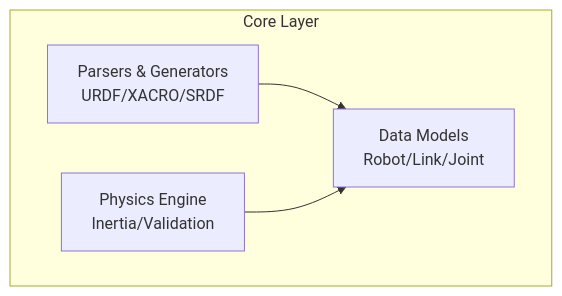
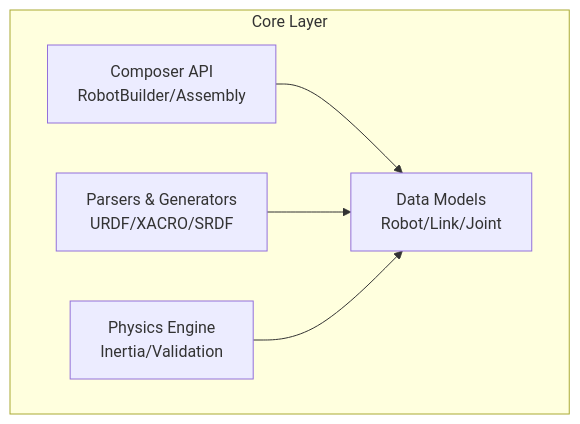
One commit to dougefla/linkforge changed the second of 3 diagrams in ARCHITECTURE.md. Above: the diagram before and after it, drawn with Mermaid. The commit also changed other lines of this file and 7 other files, not shown here.

````diff
--- a/ARCHITECTURE.md
+++ b/ARCHITECTURE.md
@@ -32,10 +32,12 @@
 ```mermaid
 graph TB
     subgraph "Core Layer"
         Models[Data Models<br/>Robot/Link/Joint]
+        Composer[Composer API<br/>RobotBuilder/Assembly]
         Physics[Physics Engine<br/>Inertia/Validation]
         IO[Parsers & Generators<br/>URDF/XACRO/SRDF]
     end
+    Composer --> Models
     IO --> Models
     Physics --> Models
 ```
````
